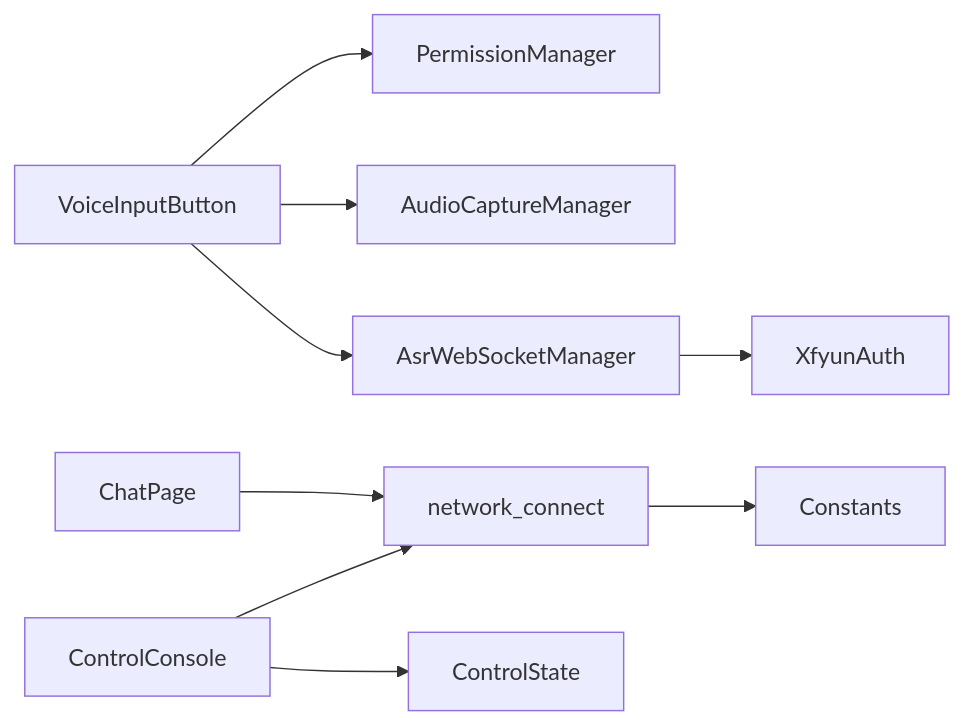
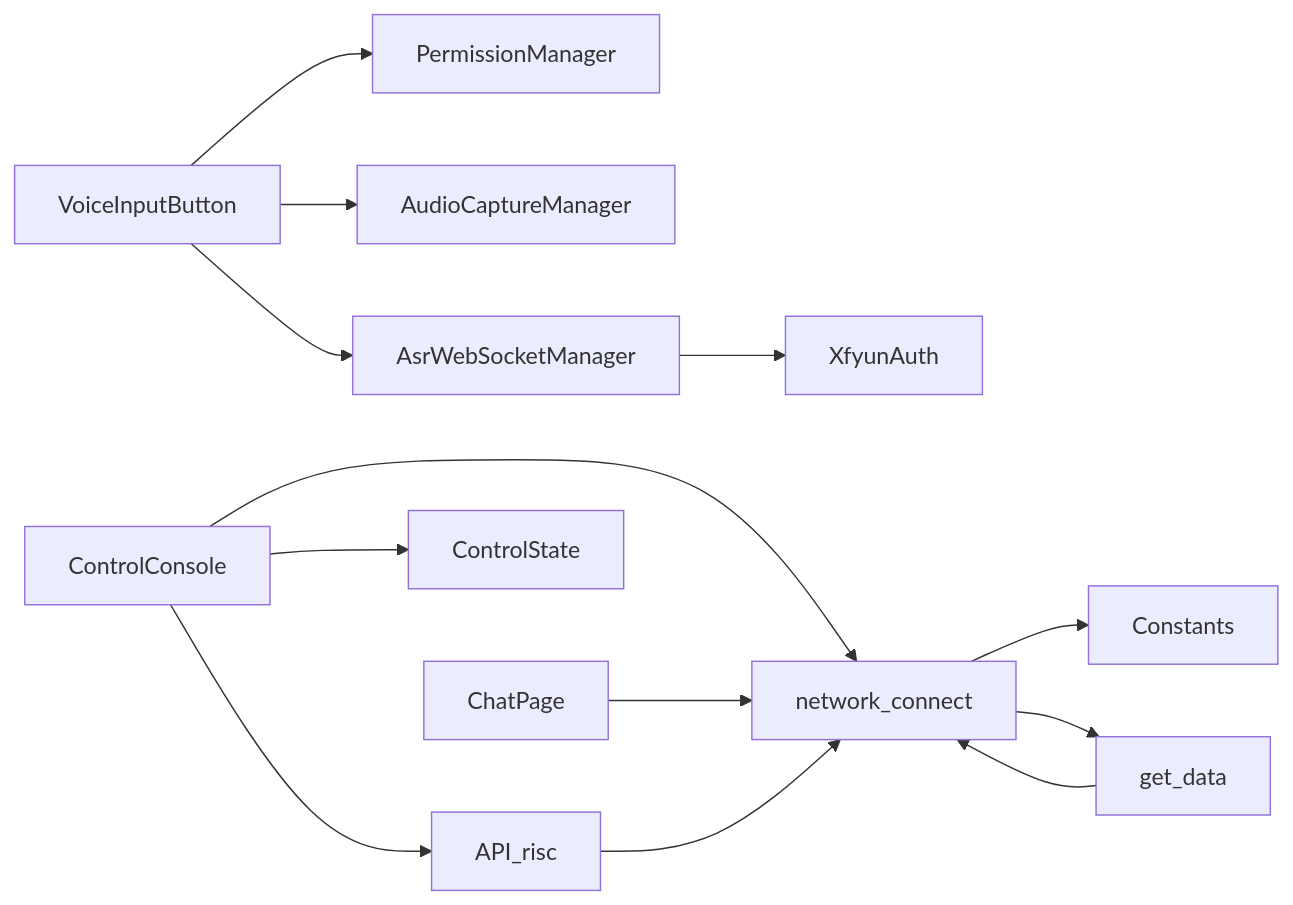
Before and after one commit to Neonrey-hub/SmartController: the eighth of 8 diagrams in .qoder/repowiki/zh/content/设备通信系统/设备通信系统.md, drawn with Mermaid. The commit also changed other lines of this file and 16 other files, not shown here.

````diff
--- a/.qoder/repowiki/zh/content/设备通信系统/设备通信系统.md
+++ b/.qoder/repowiki/zh/content/设备通信系统/设备通信系统.md
@@ -308,11 +431,15 @@
 ```mermaid
 graph LR
 VoiceInputButton --> PermissionManager
 VoiceInputButton --> AudioCaptureManager
 VoiceInputButton --> AsrWebSocketManager
 AsrWebSocketManager --> XfyunAuth
 ControlConsole --> network_connect
+ControlConsole --> API_risc
 ControlConsole --> ControlState
 ChatPage --> network_connect
 network_connect --> Constants
+network_connect --> get_data
+API_risc --> network_connect
+get_data --> network_connect
 ```
````
